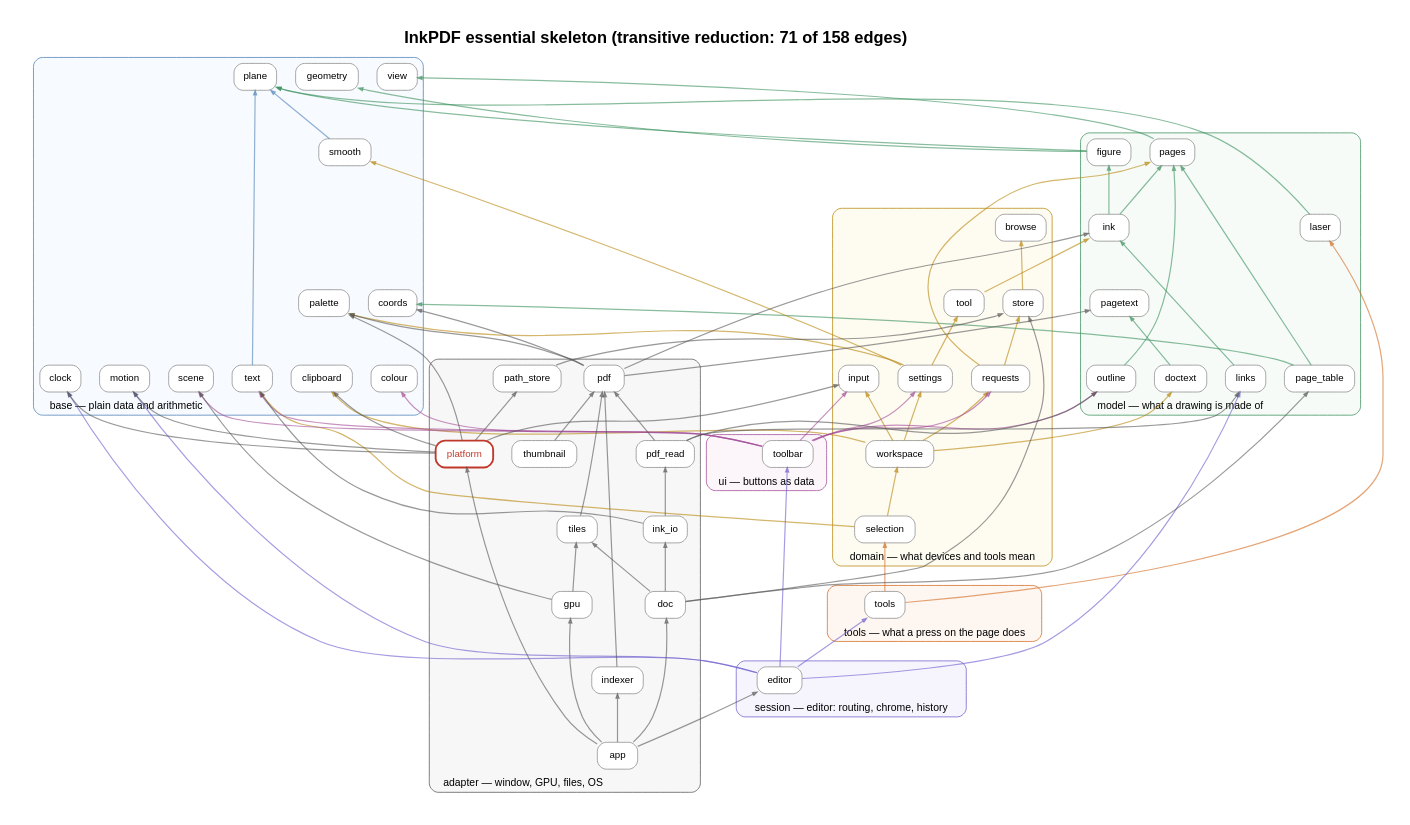
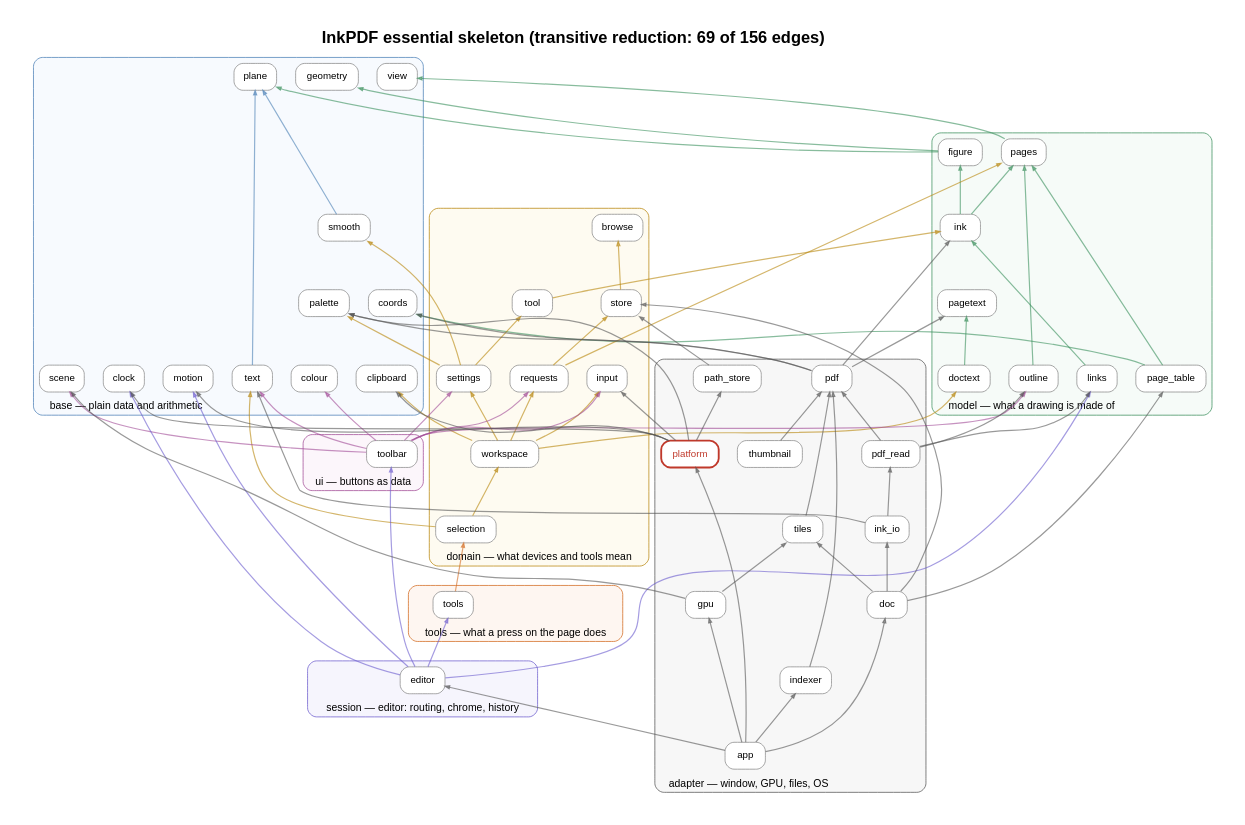
Before and after one commit to rajatmo/inkpdf: the diagram in docs/deps/skeleton.dot, drawn with Graphviz. The commit also changed 53 other files, not shown here.

First line of the commit message:
E0, E1: the tools are a registry; the extension API (inkpdf-api) and built-in extensions (inkpdf-ext); the laser is the first extension, written against the API alone

```diff
--- a/docs/deps/skeleton.dot
+++ b/docs/deps/skeleton.dot
@@ -1,134 +1,131 @@
 digraph G {
 rankdir=BT; newrank=true; compound=true; splines=true; nodesep=0.35; ranksep=0.9; pad=0.4;
-label=<<b>InkPDF essential skeleton (transitive reduction: 71 of 158 edges)</b>>; labelloc=t; fontsize=22; fontname="Helvetica";
+label=<<b>InkPDF essential skeleton (transitive reduction: 69 of 156 edges)</b>>; labelloc=t; fontsize=22; fontname="Helvetica";
 node [shape=box, style="rounded,filled", fontname="Helvetica", fontsize=13, margin="0.14,0.07", color="#888888"];
 edge [arrowsize=0.6];
 subgraph cluster_Base { label="base — plain data and arithmetic"; labeljust=l; fontname="Helvetica"; fontsize=14; style="rounded,filled"; fillcolor="#e8f1fb55"; color="#4a7fb5";
   "clipboard" [fillcolor="white"];
   "clock" [fillcolor="white"];
   "colour" [fillcolor="white"];
   "coords" [fillcolor="white"];
   "geometry" [fillcolor="white"];
   "motion" [fillcolor="white"];
   "palette" [fillcolor="white"];
   "plane" [fillcolor="white"];
   "scene" [fillcolor="white"];
   "smooth" [fillcolor="white"];
   "text" [fillcolor="white"];
   "view" [fillcolor="white"];
 }
 subgraph cluster_Model { label="model — what a drawing is made of"; labeljust=l; fontname="Helvetica"; fontsize=14; style="rounded,filled"; fillcolor="#e3f4ea55"; color="#3a8f5c";
   "doctext" [fillcolor="white"];
   "figure" [fillcolor="white"];
   "ink" [fillcolor="white"];
-  "laser" [fillcolor="white"];
   "links" [fillcolor="white"];
   "outline" [fillcolor="white"];
   "page_table" [fillcolor="white"];
   "pages" [fillcolor="white"];
   "pagetext" [fillcolor="white"];
 }
 subgraph cluster_Domain { label="domain — what devices and tools mean"; labeljust=l; fontname="Helvetica"; fontsize=14; style="rounded,filled"; fillcolor="#fdf3d655"; color="#b8860b";
   "browse" [fillcolor="white"];
   "input" [fillcolor="white"];
   "requests" [fillcolor="white"];
   "selection" [fillcolor="white"];
   "settings" [fillcolor="white"];
   "store" [fillcolor="white"];
   "tool" [fillcolor="white"];
   "workspace" [fillcolor="white"];
 }
 subgraph cluster_Ui { label="ui — buttons as data"; labeljust=l; fontname="Helvetica"; fontsize=14; style="rounded,filled"; fillcolor="#f6e4f355"; color="#a14a96";
   "toolbar" [fillcolor="white"];
 }
 subgraph cluster_Tools { label="tools — what a press on the page does"; labeljust=l; fontname="Helvetica"; fontsize=14; style="rounded,filled"; fillcolor="#fde5d455"; color="#d2691e";
   "tools" [fillcolor="white"];
 }
 subgraph cluster_Session { label="session — editor: routing, chrome, history"; labeljust=l; fontname="Helvetica"; fontsize=14; style="rounded,filled"; fillcolor="#e4e1f855"; color="#6a5acd";
   "editor" [fillcolor="white"];
 }
 subgraph cluster_Adapter { label="adapter — window, GPU, files, OS"; labeljust=l; fontname="Helvetica"; fontsize=14; style="rounded,filled"; fillcolor="#e6e6e655"; color="#555555";
   "app" [fillcolor="white"];
   "doc" [fillcolor="white"];
   "gpu" [fillcolor="white"];
   "indexer" [fillcolor="white"];
   "ink_io" [fillcolor="white"];
   "path_store" [fillcolor="white"];
   "pdf" [fillcolor="white"];
   "pdf_read" [fillcolor="white"];
   "platform" [fillcolor="white" penwidth=2.5 color="#c0392b" fontcolor="#c0392b"];
   "thumbnail" [fillcolor="white"];
   "tiles" [fillcolor="white"];
 }
 "app" -> "doc" [color="#55555599", penwidth=1.60, tooltip="3 uses"];
 "app" -> "editor" [color="#55555599", penwidth=1.60, tooltip="4 uses"];
 "app" -> "gpu" [color="#55555599", penwidth=1.60, tooltip="5 uses"];
 "app" -> "indexer" [color="#55555599", penwidth=1.60, tooltip="2 uses"];
 "app" -> "platform" [color="#55555599", penwidth=1.60, tooltip="1 uses"];
 "doc" -> "ink_io" [color="#55555599", penwidth=1.60, tooltip="1 uses"];
 "doc" -> "page_table" [color="#55555599", penwidth=1.60, tooltip="2 uses"];
 "doc" -> "store" [color="#55555599", penwidth=1.60, tooltip="1 uses"];
 "doc" -> "tiles" [color="#55555599", penwidth=1.60, tooltip="1 uses"];
 "doctext" -> "pagetext" [color="#3a8f5c99", penwidth=1.60, tooltip="1 uses"];
 "editor" -> "clock" [color="#6a5acd99", penwidth=1.60, tooltip="1 uses"];
 "editor" -> "links" [color="#6a5acd99", penwidth=1.60, tooltip="3 uses"];
-"editor" -> "motion" [color="#6a5acd99", penwidth=1.60, tooltip="3 uses"];
+"editor" -> "motion" [color="#6a5acd99", penwidth=1.60, tooltip="4 uses"];
 "editor" -> "toolbar" [color="#6a5acd99", penwidth=1.60, tooltip="12 uses"];
-"editor" -> "tools" [color="#6a5acd99", penwidth=1.60, tooltip="8 uses"];
+"editor" -> "tools" [color="#6a5acd99", penwidth=1.60, tooltip="9 uses"];
 "figure" -> "geometry" [color="#3a8f5c99", penwidth=1.60, tooltip="1 uses"];
 "figure" -> "plane" [color="#3a8f5c99", penwidth=1.60, tooltip="1 uses"];
 "gpu" -> "scene" [color="#55555599", penwidth=1.60, tooltip="1 uses"];
 "gpu" -> "tiles" [color="#55555599", penwidth=1.60, tooltip="2 uses"];
 "indexer" -> "pdf" [color="#55555599", penwidth=1.60, tooltip="1 uses"];
 "ink" -> "figure" [color="#3a8f5c99", penwidth=1.60, tooltip="3 uses"];
 "ink" -> "pages" [color="#3a8f5c99", penwidth=1.60, tooltip="1 uses"];
 "ink_io" -> "pdf_read" [color="#55555599", penwidth=1.60, tooltip="2 uses"];
 "ink_io" -> "text" [color="#55555599", penwidth=1.60, tooltip="2 uses"];
-"laser" -> "plane" [color="#3a8f5c99", penwidth=1.60, tooltip="1 uses"];
 "links" -> "ink" [color="#3a8f5c99", penwidth=1.60, tooltip="1 uses"];
 "outline" -> "pages" [color="#3a8f5c99", penwidth=1.60, tooltip="1 uses"];
 "page_table" -> "coords" [color="#3a8f5c99", penwidth=1.60, tooltip="1 uses"];
 "page_table" -> "pages" [color="#3a8f5c99", penwidth=1.60, tooltip="1 uses"];
 "pages" -> "view" [color="#3a8f5c99", penwidth=1.60, tooltip="1 uses"];
 "path_store" -> "store" [color="#55555599", penwidth=1.60, tooltip="1 uses"];
 "pdf" -> "coords" [color="#55555599", penwidth=1.60, tooltip="2 uses"];
 "pdf" -> "ink" [color="#55555599", penwidth=1.60, tooltip="2 uses"];
 "pdf" -> "pagetext" [color="#55555599", penwidth=1.60, tooltip="2 uses"];
 "pdf" -> "palette" [color="#55555599", penwidth=1.60, tooltip="2 uses"];
 "pdf_read" -> "links" [color="#55555599", penwidth=1.60, tooltip="1 uses"];
 "pdf_read" -> "outline" [color="#55555599", penwidth=1.60, tooltip="1 uses"];
 "pdf_read" -> "pdf" [color="#55555599", penwidth=1.60, tooltip="1 uses"];
 "platform" -> "clipboard" [color="#55555599", penwidth=1.60, tooltip="3 uses"];
 "platform" -> "clock" [color="#55555599", penwidth=1.60, tooltip="3 uses"];
 "platform" -> "input" [color="#55555599", penwidth=1.60, tooltip="13 uses"];
 "platform" -> "motion" [color="#55555599", penwidth=1.60, tooltip="8 uses"];
 "platform" -> "palette" [color="#55555599", penwidth=1.60, tooltip="11 uses"];
 "platform" -> "path_store" [color="#55555599", penwidth=1.60, tooltip="1 uses"];
 "requests" -> "pages" [color="#b8860b99", penwidth=1.60, tooltip="1 uses"];
 "requests" -> "store" [color="#b8860b99", penwidth=1.60, tooltip="1 uses"];
 "selection" -> "text" [color="#b8860b99", penwidth=1.60, tooltip="1 uses"];
 "selection" -> "workspace" [color="#b8860b99", penwidth=1.60, tooltip="1 uses"];
 "settings" -> "palette" [color="#b8860b99", penwidth=1.60, tooltip="1 uses"];
 "settings" -> "smooth" [color="#b8860b99", penwidth=1.60, tooltip="1 uses"];
 "settings" -> "tool" [color="#b8860b99", penwidth=1.60, tooltip="1 uses"];
 "smooth" -> "plane" [color="#4a7fb599", penwidth=1.60, tooltip="1 uses"];
 "store" -> "browse" [color="#b8860b99", penwidth=1.60, tooltip="1 uses"];
 "text" -> "plane" [color="#4a7fb599", penwidth=1.60, tooltip="3 uses"];
 "thumbnail" -> "pdf" [color="#55555599", penwidth=1.60, tooltip="1 uses"];
 "tiles" -> "pdf" [color="#55555599", penwidth=1.60, tooltip="1 uses"];
 "tool" -> "ink" [color="#b8860b99", penwidth=1.60, tooltip="4 uses"];
 "toolbar" -> "colour" [color="#a14a9699", penwidth=1.60, tooltip="1 uses"];
 "toolbar" -> "input" [color="#a14a9699", penwidth=1.60, tooltip="2 uses"];
 "toolbar" -> "outline" [color="#a14a9699", penwidth=1.60, tooltip="1 uses"];
 "toolbar" -> "requests" [color="#a14a9699", penwidth=1.60, tooltip="1 uses"];
 "toolbar" -> "scene" [color="#a14a9699", penwidth=1.60, tooltip="21 uses"];
 "toolbar" -> "settings" [color="#a14a9699", penwidth=1.60, tooltip="1 uses"];
 "toolbar" -> "text" [color="#a14a9699", penwidth=1.60, tooltip="3 uses"];
-"tools" -> "laser" [color="#d2691e99", penwidth=1.60, tooltip="1 uses"];
 "tools" -> "selection" [color="#d2691e99", penwidth=1.60, tooltip="1 uses"];
 "workspace" -> "clipboard" [color="#b8860b99", penwidth=1.60, tooltip="1 uses"];
 "workspace" -> "doctext" [color="#b8860b99", penwidth=1.60, tooltip="2 uses"];
 "workspace" -> "input" [color="#b8860b99", penwidth=1.60, tooltip="1 uses"];
 "workspace" -> "requests" [color="#b8860b99", penwidth=1.60, tooltip="1 uses"];
 "workspace" -> "settings" [color="#b8860b99", penwidth=1.60, tooltip="1 uses"];
 }
```
